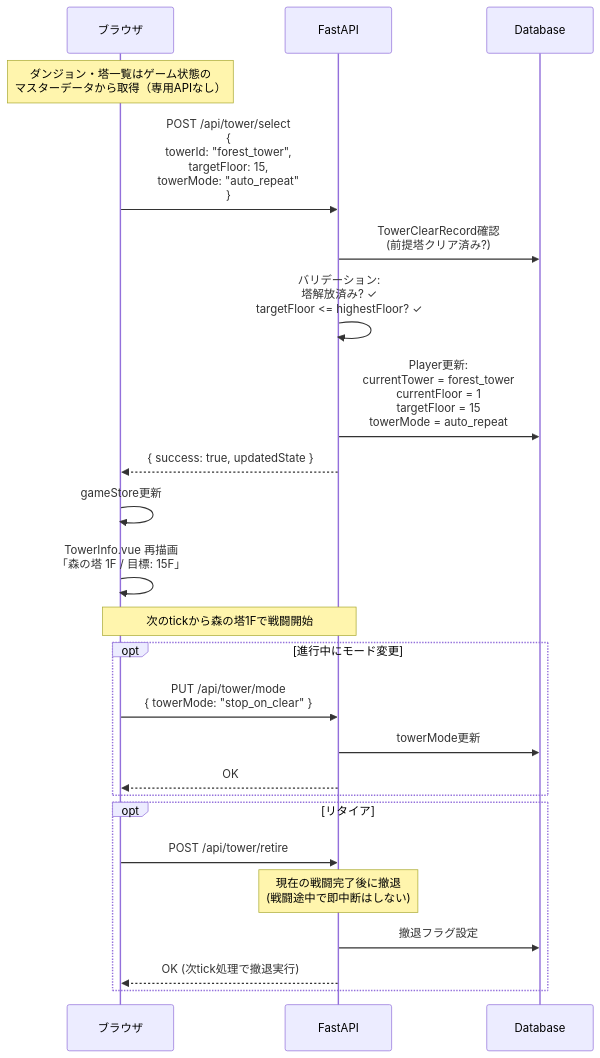
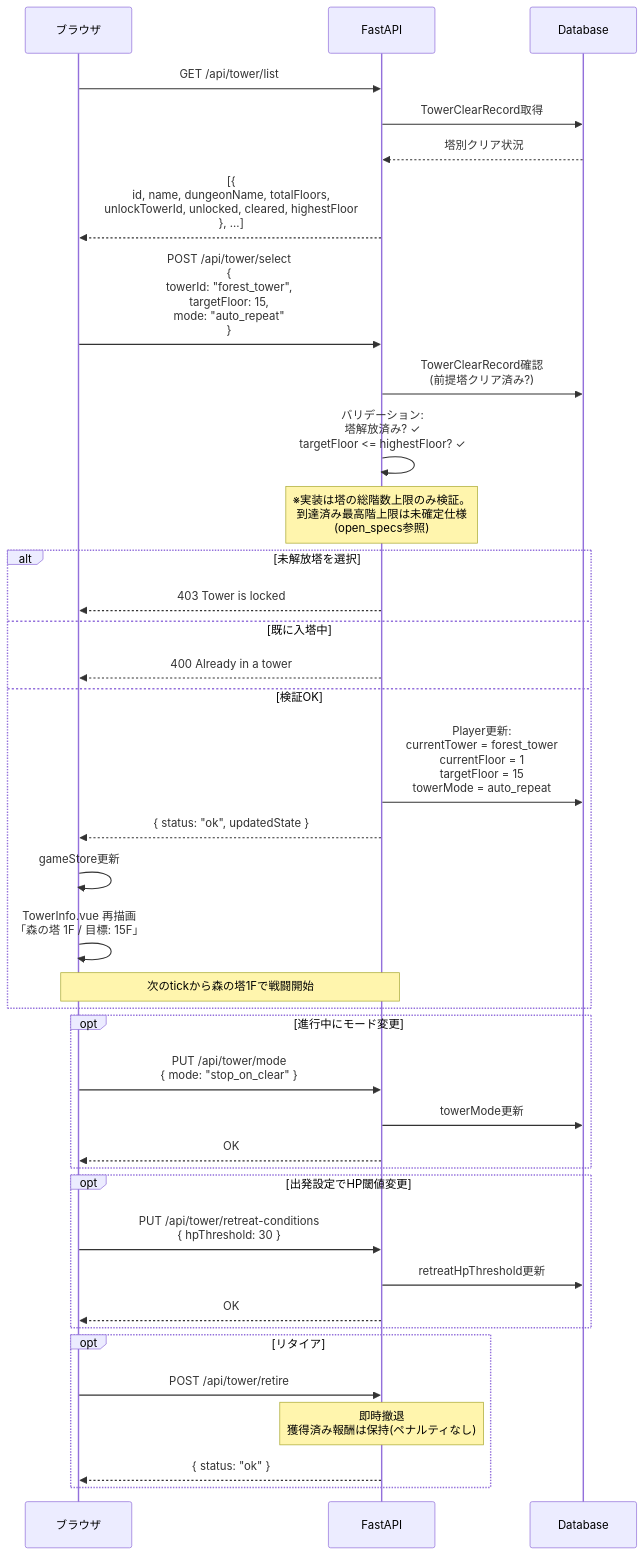
Before and after one commit to dateeee/2026_AFKGAME: the fourth of 14 diagrams in diagrams/api_sequence.md, drawn with Mermaid. The commit also changed other lines of this file and 34 other files, not shown here.

First line of the commit message:
docs+fix: 工程定義に基づく要件〜詳細設計の見直し — 全仕様書・設計図レビューと指摘修正

````diff
--- a/diagrams/api_sequence.md
+++ b/diagrams/api_sequence.md
@@ -127,36 +135,52 @@
 ```mermaid
 %%{init: {'theme': 'default', 'sequence': {'actorFontSize': 18, 'messageFontSize': 16, 'noteFontSize': 14}} }%%
 sequenceDiagram
     participant B as ブラウザ
     participant API as FastAPI
     participant DB as Database
 
-    Note over B: ダンジョン・塔一覧はゲーム状態の<br/>マスターデータから取得（専用APIなし）
+    B->>API: GET /api/tower/list
+    API->>DB: TowerClearRecord取得
+    DB-->>API: 塔別クリア状況
+    API-->>B: [{<br/>  id, name, dungeonName, totalFloors,<br/>  unlockTowerId, unlocked, cleared, highestFloor<br/>}, ...]
 
-    B->>API: POST /api/tower/select<br/>{<br/>  towerId: "forest_tower",<br/>  targetFloor: 15,<br/>  towerMode: "auto_repeat"<br/>}
+    B->>API: POST /api/tower/select<br/>{<br/>  towerId: "forest_tower",<br/>  targetFloor: 15,<br/>  mode: "auto_repeat"<br/>}
 
     API->>DB: TowerClearRecord確認<br/>(前提塔クリア済み?)
     API->>API: バリデーション:<br/>塔解放済み? ✓<br/>targetFloor <= highestFloor? ✓
 
-    API->>DB: Player更新:<br/>currentTower = forest_tower<br/>currentFloor = 1<br/>targetFloor = 15<br/>towerMode = auto_repeat
+    Note over API: ※実装は塔の総階数上限のみ検証。<br/>到達済み最高階上限は未確定仕様<br/>(open_specs参照)
 
-    API-->>B: { success: true, updatedState }
+    alt 未解放塔を選択
+        API-->>B: 403 Tower is locked
+    else 既に入塔中
+        API-->>B: 400 Already in a tower
+    else 検証OK
+        API->>DB: Player更新:<br/>currentTower = forest_tower<br/>currentFloor = 1<br/>targetFloor = 15<br/>towerMode = auto_repeat
 
-    B->>B: gameStore更新
-    B->>B: TowerInfo.vue 再描画<br/>「森の塔 1F / 目標: 15F」
+        API-->>B: { status: "ok", updatedState }
 
-    Note over B,API: 次のtickから森の塔1Fで戦闘開始
+        B->>B: gameStore更新
+        B->>B: TowerInfo.vue 再描画<br/>「森の塔 1F / 目標: 15F」
+
+        Note over B,API: 次のtickから森の塔1Fで戦闘開始
+    end
 
     opt 進行中にモード変更
-        B->>API: PUT /api/tower/mode<br/>{ towerMode: "stop_on_clear" }
+        B->>API: PUT /api/tower/mode<br/>{ mode: "stop_on_clear" }
         API->>DB: towerMode更新
+        API-->>B: OK
+    end
+
+    opt 出発設定でHP閾値変更
+        B->>API: PUT /api/tower/retreat-conditions<br/>{ hpThreshold: 30 }
+        API->>DB: retreatHpThreshold更新
         API-->>B: OK
     end
 
     opt リタイア
         B->>API: POST /api/tower/retire
-        Note over API: 現在の戦闘完了後に撤退<br/>(戦闘途中で即中断はしない)
-        API->>DB: 撤退フラグ設定
-        API-->>B: OK (次tick処理で撤退実行)
+        Note over API: 即時撤退<br/>獲得済み報酬は保持(ペナルティなし)
+        API-->>B: { status: "ok" }
     end
 ```
````
